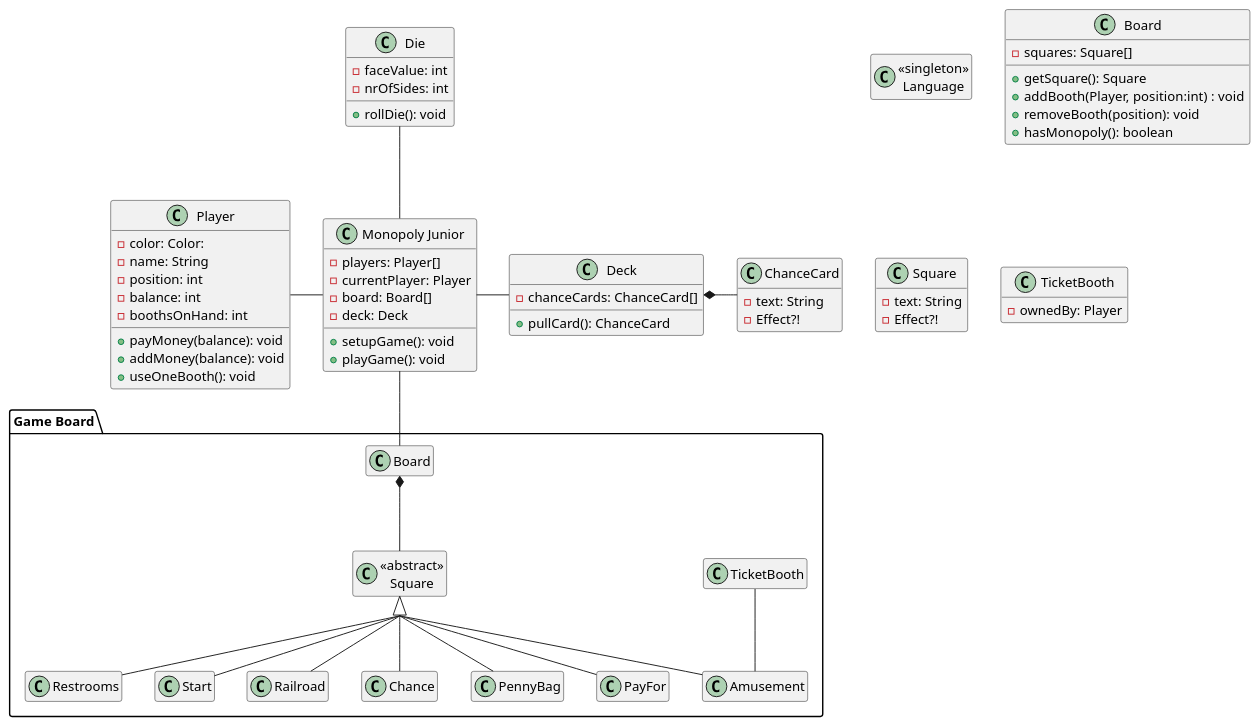
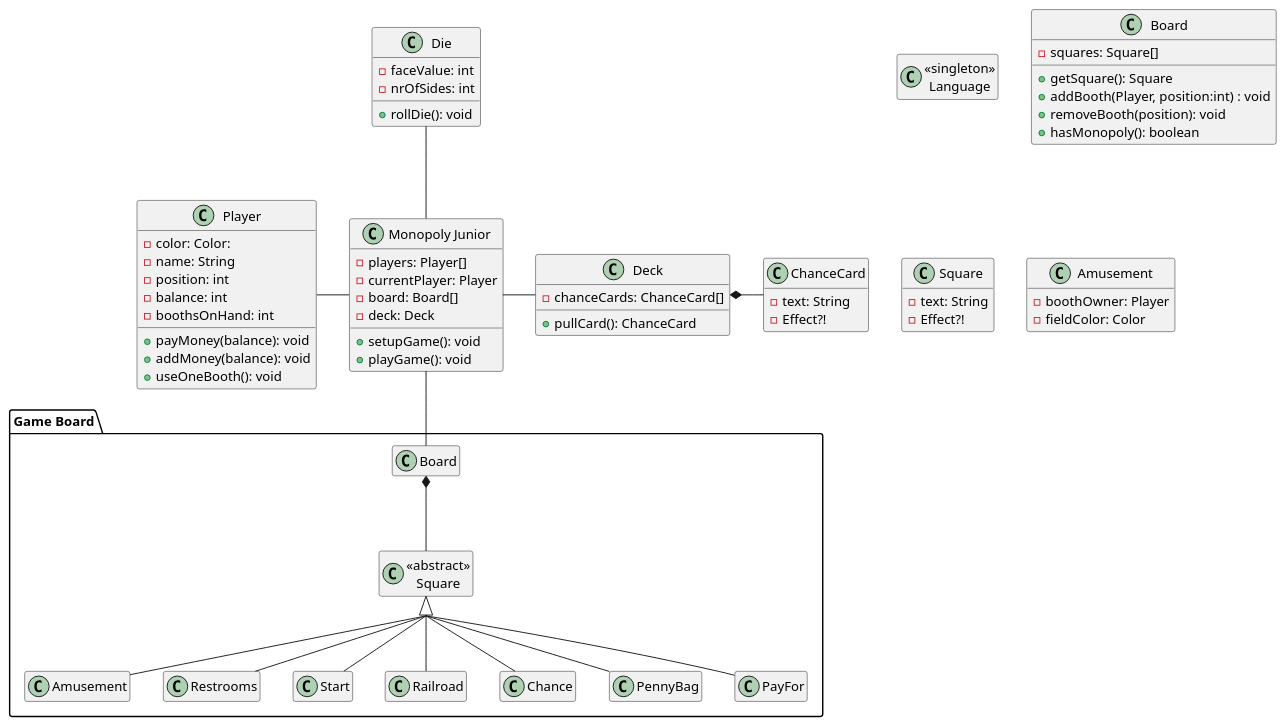
One commit to Greve2001/CDIO3 changed the diagram in diagrams/Designklasse.puml. Above: the diagram before and after it, drawn with PlantUML.

Commit message:
Added attributes to Amusement class in diagram

```diff
--- a/diagrams/Designklasse.puml
+++ b/diagrams/Designklasse.puml
@@ -1,101 +1,99 @@
 @startuml
 
 hide empty members
 skinparam groupInheritance 2
 
 class "Monopoly Junior" as Game
 class Die
 
 package "Game Board" {
     class Board
-    class TicketBooth
 
     class "<<abstract>>\nSquare" as Square
         class Amusement
         class Restrooms
         class Start
         class Railroad
         class Chance
         class PennyBag
         class PayFor
 }
 
 class Deck
 class ChanceCard
 class Player
 class "<<singleton>>\nLanguage" as Language
 
 Game -up- Die
 Game -right- Deck
     Deck *-right- ChanceCard
 Game -left- Player
 Game -down- Board
     Board *-down- Square
-    Amusement -up- TicketBooth
     Square <|-- Restrooms
     Square <|-- Amusement
     Square <|-- Railroad
     Square <|-- PayFor
     Square <|-- PennyBag
     Square <|-- Start
     Square <|-- Chance
 
 class Game {
     -players: Player[]
     -currentPlayer: Player
     -board: Board[]
     -deck: Deck
 
     +setupGame(): void
     +playGame(): void
 }
 
 class Board {
     -squares: Square[]
 
     +getSquare(): Square
     +addBooth(Player, position:int) : void
     +removeBooth(position): void
     +hasMonopoly(): boolean
 }
 
 class Square {
     -text: String
     -Effect?!
 }
 
 class Die {
     -faceValue: int
     -nrOfSides: int
 
     +rollDie(): void
 }
 
 class Player {
     -color: Color:
     -name: String
     -position: int
     -balance: int
     -boothsOnHand: int
 
     +payMoney(balance): void
     +addMoney(balance): void
     +useOneBooth(): void
 }
 
-class TicketBooth {
-    -ownedBy: Player
-}
-
 class Deck {
     -chanceCards: ChanceCard[]
 
     +pullCard(): ChanceCard
 }
 class ChanceCard {
     -text: String
     -Effect?!
 }
+class Amusement {
+    -boothOwner: Player
+    -fieldColor: Color
 
+}
 
 @enduml
```
